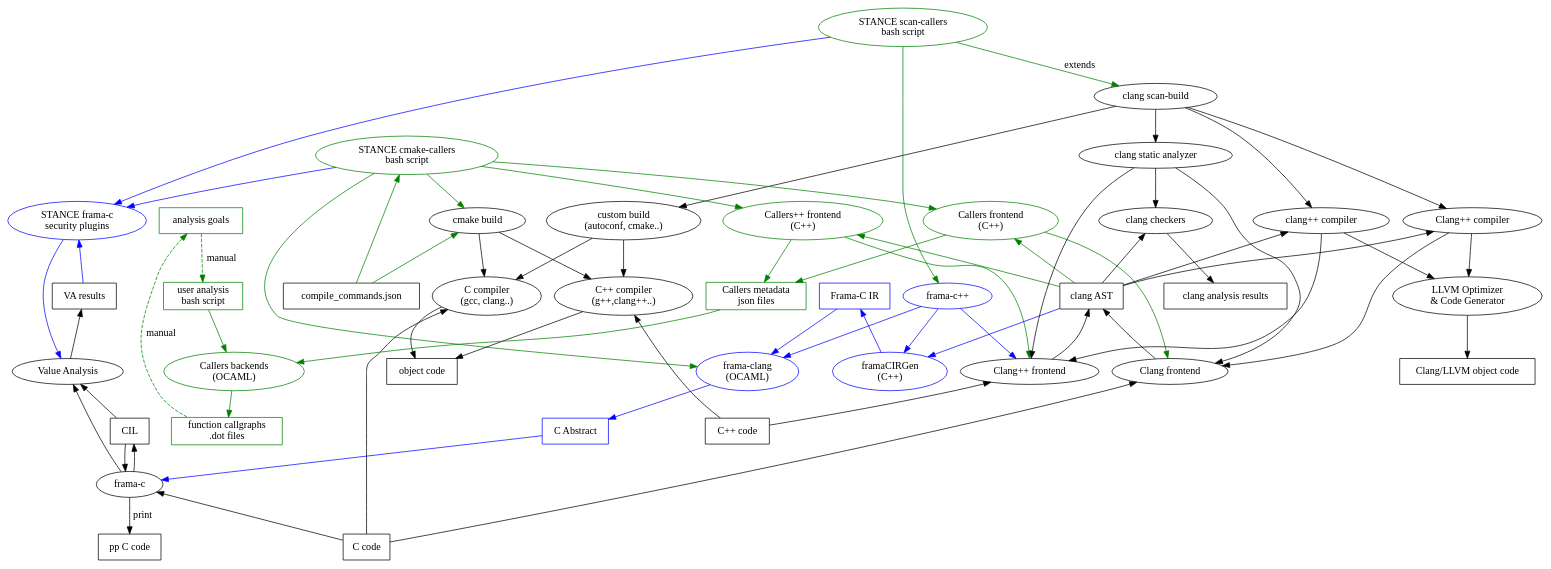
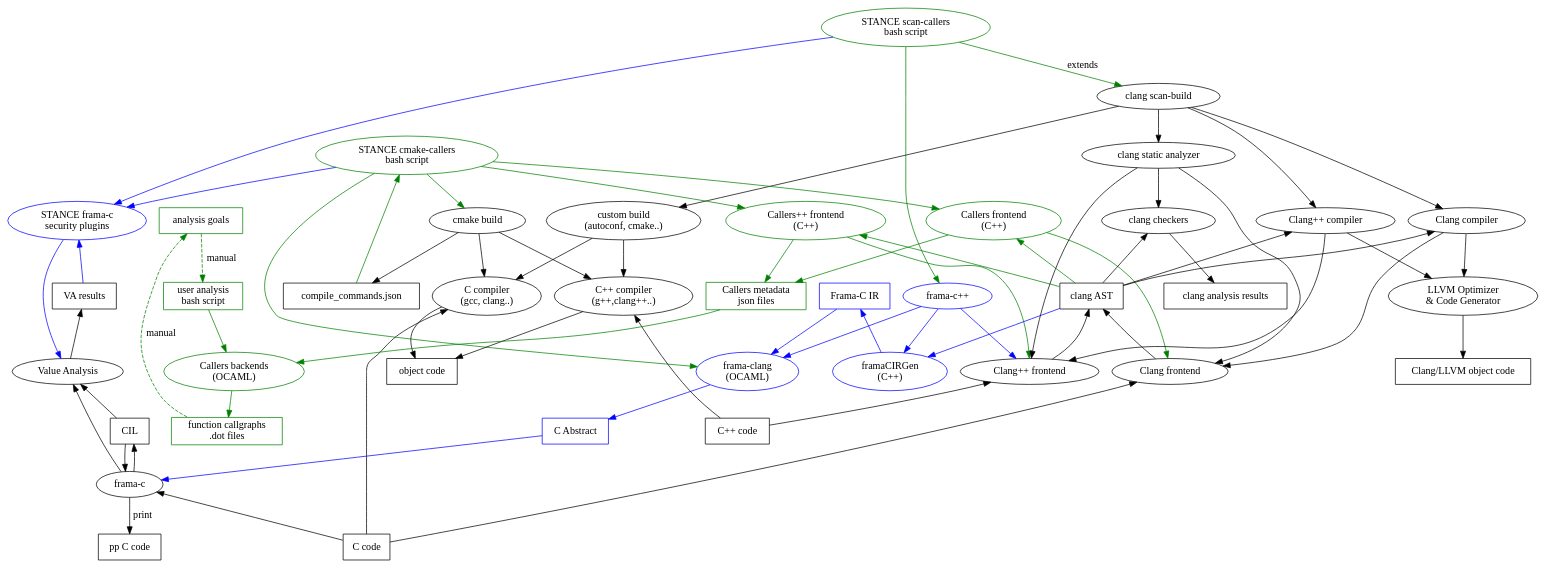
One commit to hbalp/callers changed the first of 6 diagrams in doc/callers.org. Above: the diagram before and after it, drawn with Graphviz. The commit also changed other lines of this file, not shown here.

Commit message:
Added custom, cmake and clang build processes.

```diff
--- a/doc/callers.org
+++ b/doc/callers.org
@@ -82,7 +82,7 @@
 "compile_commands" [ label="compile_commands.json", shape=box ]
 "cmake build" -> "cpp compiler"
 "cmake build" -> "c compiler"
-"cmake build" -> "compile_commands"[ dir=back, color=green ]
+"cmake build" -> "compile_commands"
 
 "cmake-callers" -> "compile_commands" [ dir=back, color=green ]
 
@@ -108,7 +108,7 @@
 "clang compiler" -> "llvm"
 
 // clang++ compilation of C++ code
-"clang compiler" [ label="Clang++ compiler" ]
+"clang++ compiler" [ label="Clang++ compiler" ]
 "scan-build" -> "clang++ compiler"
 "clang++ frontend" [ label="Clang++ frontend" ]
 "clang++ frontend" -> "cpp code" [ dir=back ]
@@ -210,7 +210,6 @@
 //"frama-c" -> "pretty-printed c code" [ label="print" ]
 "frama-c" -> "pp C code" [ label="print" ]
 //"frama-c" -> "c code" [ label="print" ]
-
 }
 
 // Local Variables:
```
